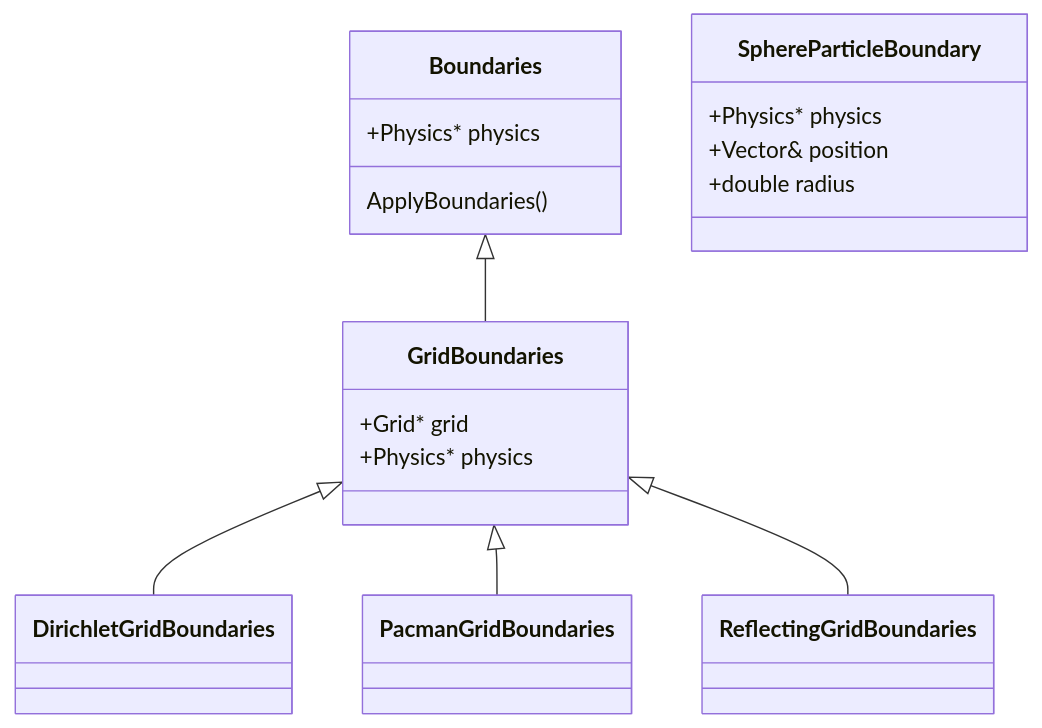
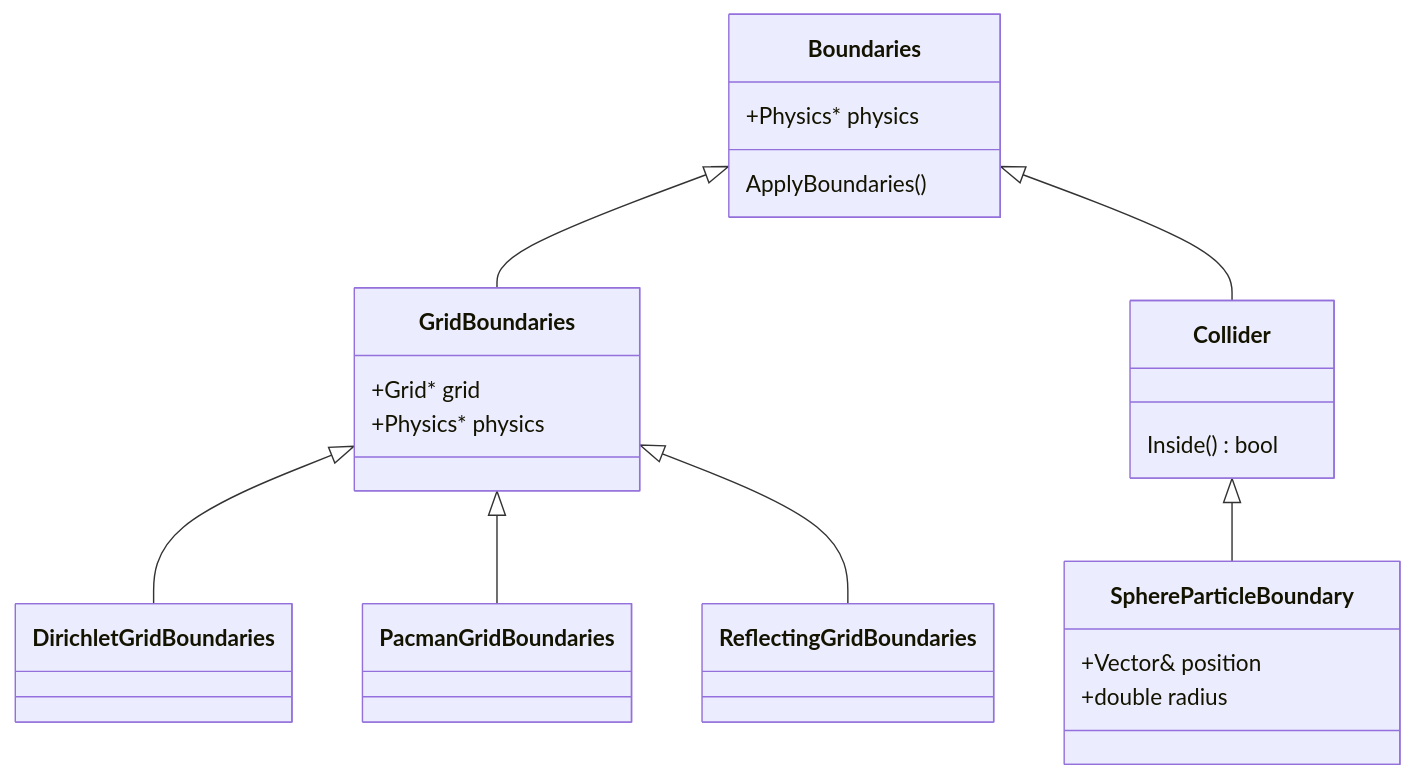
Before and after one commit to antimatterhorn/nidhoggr: the diagram in src/Boundaries/Classes.md, drawn with Mermaid. The commit also changed 5 other files, not shown here.

Commit message:
moving sphereparticle boundary to derivative of collider

````diff
--- a/src/Boundaries/Classes.md
+++ b/src/Boundaries/Classes.md
@@ -1,20 +1,24 @@
 ```mermaid
 classDiagram
     Boundaries <|-- GridBoundaries
+    Boundaries <|-- Collider
     GridBoundaries <|-- DirichletGridBoundaries
     GridBoundaries <|-- PacmanGridBoundaries
     GridBoundaries <|-- ReflectingGridBoundaries
     class Boundaries{
         +Physics* physics
         ApplyBoundaries()
     }
     class GridBoundaries{
         +Grid* grid
         +Physics* physics
     }
+    class Collider {
+        Inside() bool
+    }
+    Collider <|-- SphereParticleBoundary
     class SphereParticleBoundary {
-        +Physics<dim>* physics
         +Vector<dim>& position
         +double radius
     }
 ```
````
